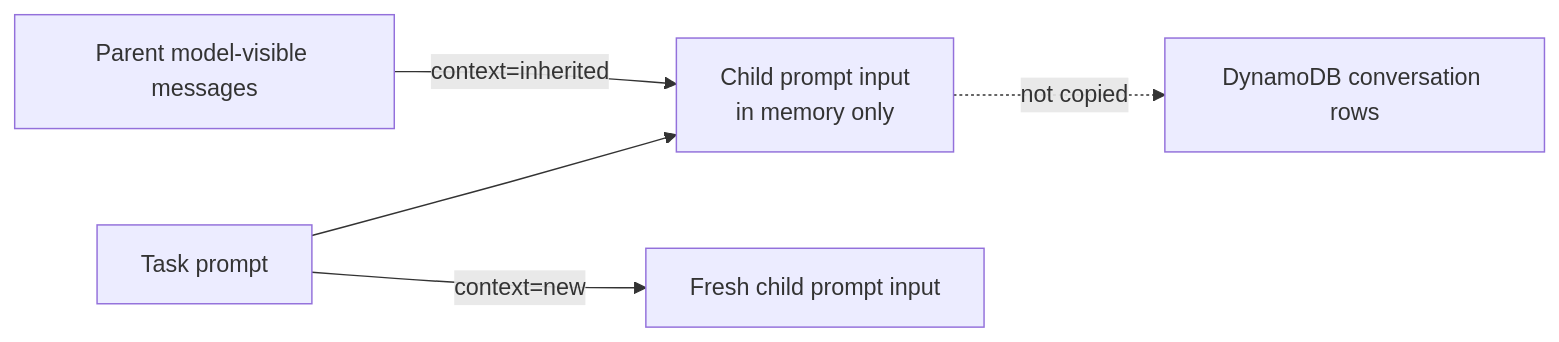
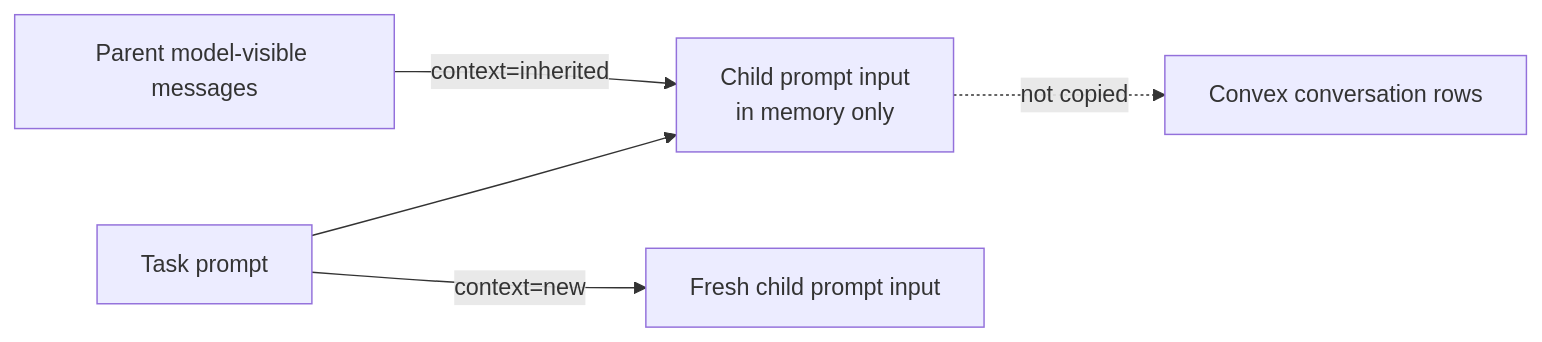
One commit to beeblastco/broods changed the first of 3 diagrams in apps/docs/docs/sub-agents.md. Above: the diagram before and after it, drawn with Mermaid. The commit also changed other lines of this file and 77 other files, not shown here.

````diff
--- a/apps/docs/docs/sub-agents.md
+++ b/apps/docs/docs/sub-agents.md
@@ -97,7 +97,7 @@
 ```mermaid
 flowchart LR
   Parent["Parent model-visible messages"] -->|"context=inherited"| ChildMemory["Child prompt input<br/>in memory only"]
   Task["Task prompt"] --> ChildMemory
   Task -->|"context=new"| Fresh["Fresh child prompt input"]
-  ChildMemory -. "not copied" .-> DDB["DynamoDB conversation rows"]
+  ChildMemory -. "not copied" .-> CVX["Convex conversation rows"]
 ```
````
